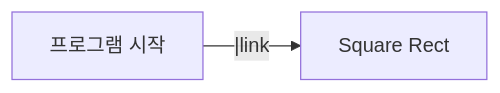
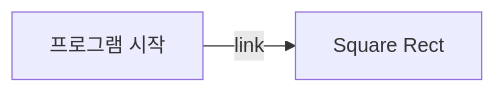
Before and after one commit to itgwangjin/PyQt5-GUI-making: the second of 2 diagrams in Welcome file.md, drawn with Mermaid. The commit also changed other lines of this file, not shown here.

Commit message:
Welcome file.md updated from https://stackedit.io/

````diff
--- a/Welcome file.md
+++ b/Welcome file.md
@@ -137,4 +137,5 @@
 ```mermaid
+
 graph LR
-A[프로그램 시작] -- |link --> B[Square Rect] 
+A[프로그램 시작] -- link --> B[Square Rect] 
 ```
````
